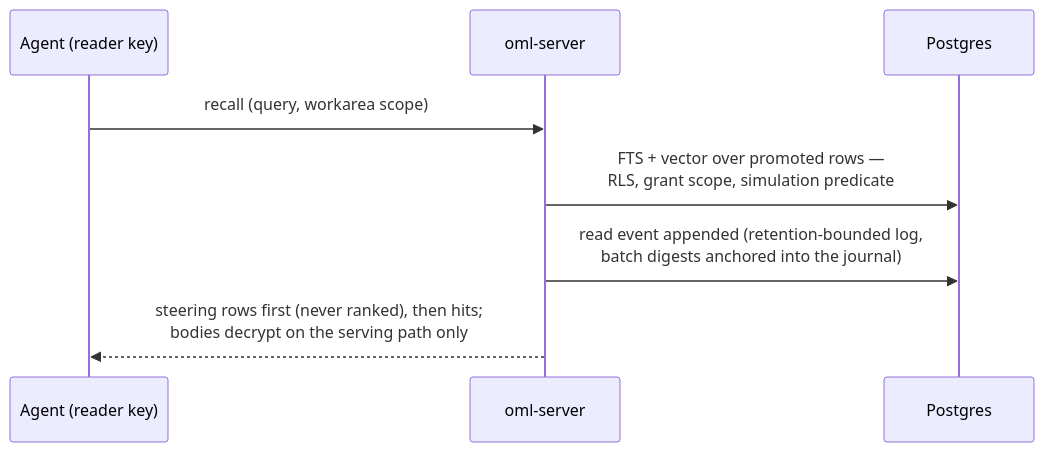
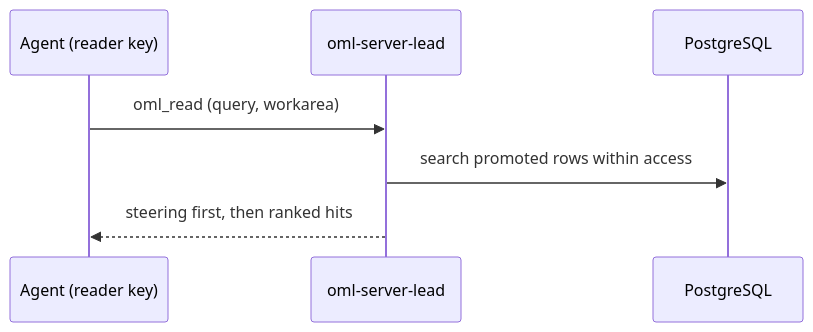
One commit to e8kor/open-memory-lab changed the fifth of 6 diagrams in docs/architecture/overview.md. Above: the diagram before and after it, drawn with Mermaid. The commit also changed other lines of this file and 67 other files, not shown here.

````diff
--- a/docs/architecture/overview.md
+++ b/docs/architecture/overview.md
@@ -225,10 +113,9 @@
 ```mermaid
 sequenceDiagram
     participant A as Agent (reader key)
-    participant S as oml-server
-    participant P as Postgres
-    A->>S: recall (query, workarea scope)
-    S->>P: FTS + vector over promoted rows —<br/>RLS, grant scope, simulation predicate
-    S->>P: read event appended (retention-bounded log,<br/>batch digests anchored into the journal)
-    S-->>A: steering rows first (never ranked), then hits#59;<br/>bodies decrypt on the serving path only
+    participant S as oml-server-lead
+    participant P as PostgreSQL
+    A->>S: oml_read (query, workarea)
+    S->>P: search promoted rows within access
+    S-->>A: steering first, then ranked hits
 ```
````
